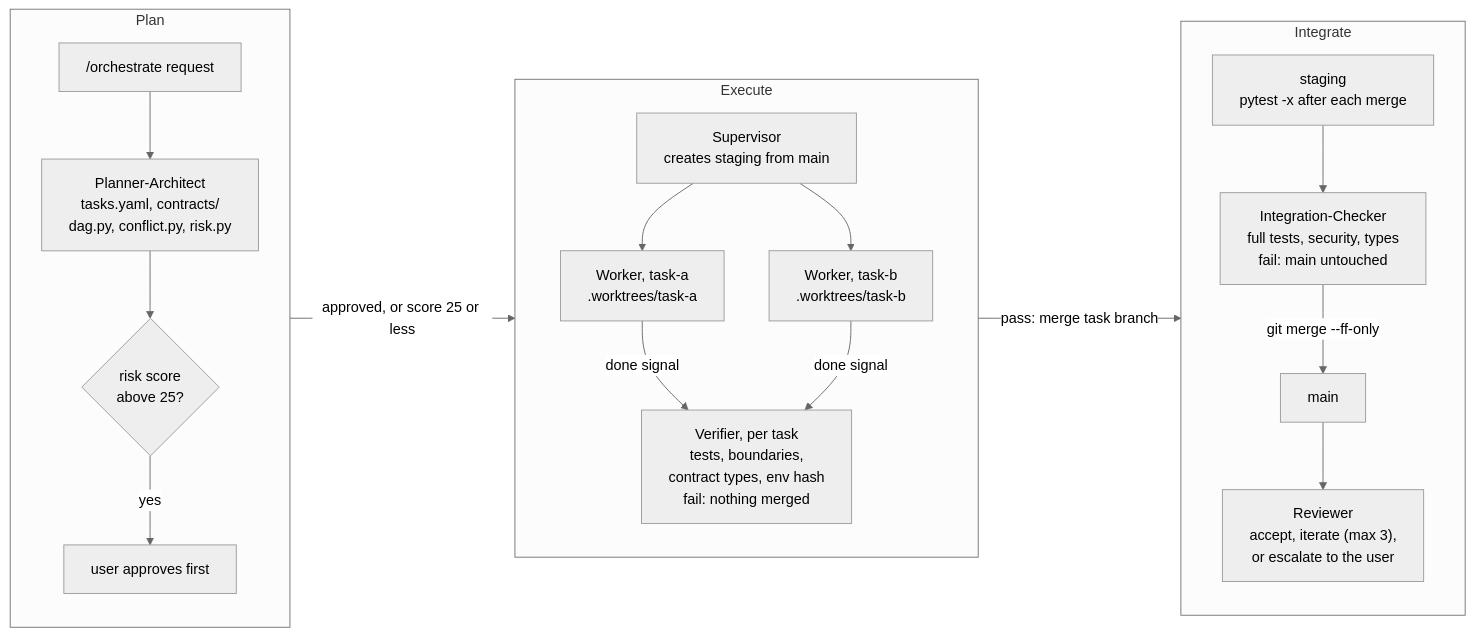
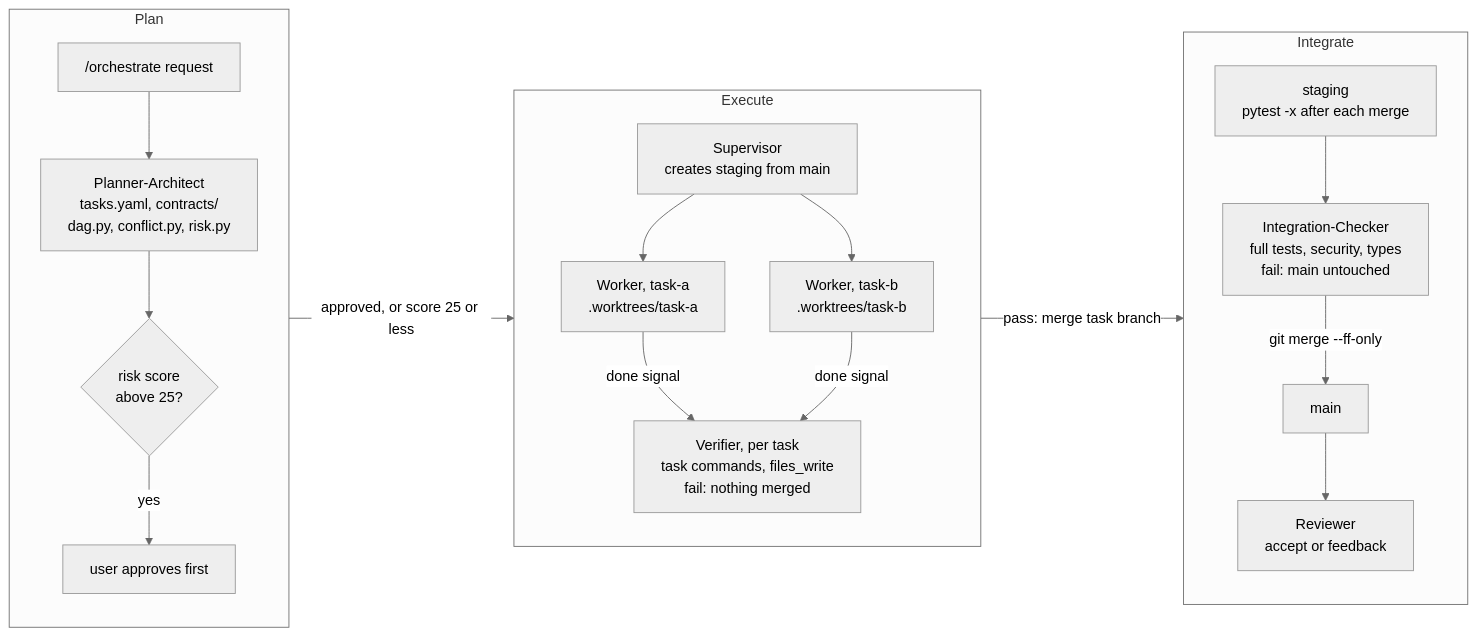
One commit to SynBioExplorer/Claude_Code_agentic_coding changed the diagram in README.md. Above: the diagram before and after it, drawn with Mermaid (neutral theme). The commit also changed other lines of this file and 3 other files, not shown here.

````diff
--- a/README.md
+++ b/README.md
@@ -19,24 +19,24 @@
 ```mermaid
 flowchart LR
     subgraph P ["Plan"]
         direction TB
         REQ["/orchestrate request"] --> PLAN["Planner-Architect<br/>tasks.yaml, contracts/<br/>dag.py, conflict.py, risk.py"]
         PLAN --> GATE{"risk score<br/>above 25?"}
         GATE -->|"yes"| ASK["user approves first"]
     end
     subgraph E ["Execute"]
         direction TB
         SUP["Supervisor<br/>creates staging from main"] --> WA["Worker, task-a<br/>.worktrees/task-a"]
         SUP --> WB["Worker, task-b<br/>.worktrees/task-b"]
-        WA -->|"done signal"| VER["Verifier, per task<br/>tests, boundaries,<br/>contract types, env hash<br/>fail: nothing merged"]
+        WA -->|"done signal"| VER["Verifier, per task<br/>task commands, files_write<br/>fail: nothing merged"]
         WB -->|"done signal"| VER
     end
     subgraph I ["Integrate"]
         direction TB
         STG["staging<br/>pytest -x after each merge"] --> INT["Integration-Checker<br/>full tests, security, types<br/>fail: main untouched"]
         INT -->|"git merge --ff-only"| MAIN["main"]
-        MAIN --> REV["Reviewer<br/>accept, iterate (max 3),<br/>or escalate to the user"]
+        MAIN --> REV["Reviewer<br/>accept or feedback"]
     end
     P -->|"approved, or score 25 or less"| E
     E -->|"pass: merge task branch"| I
 ```
````
